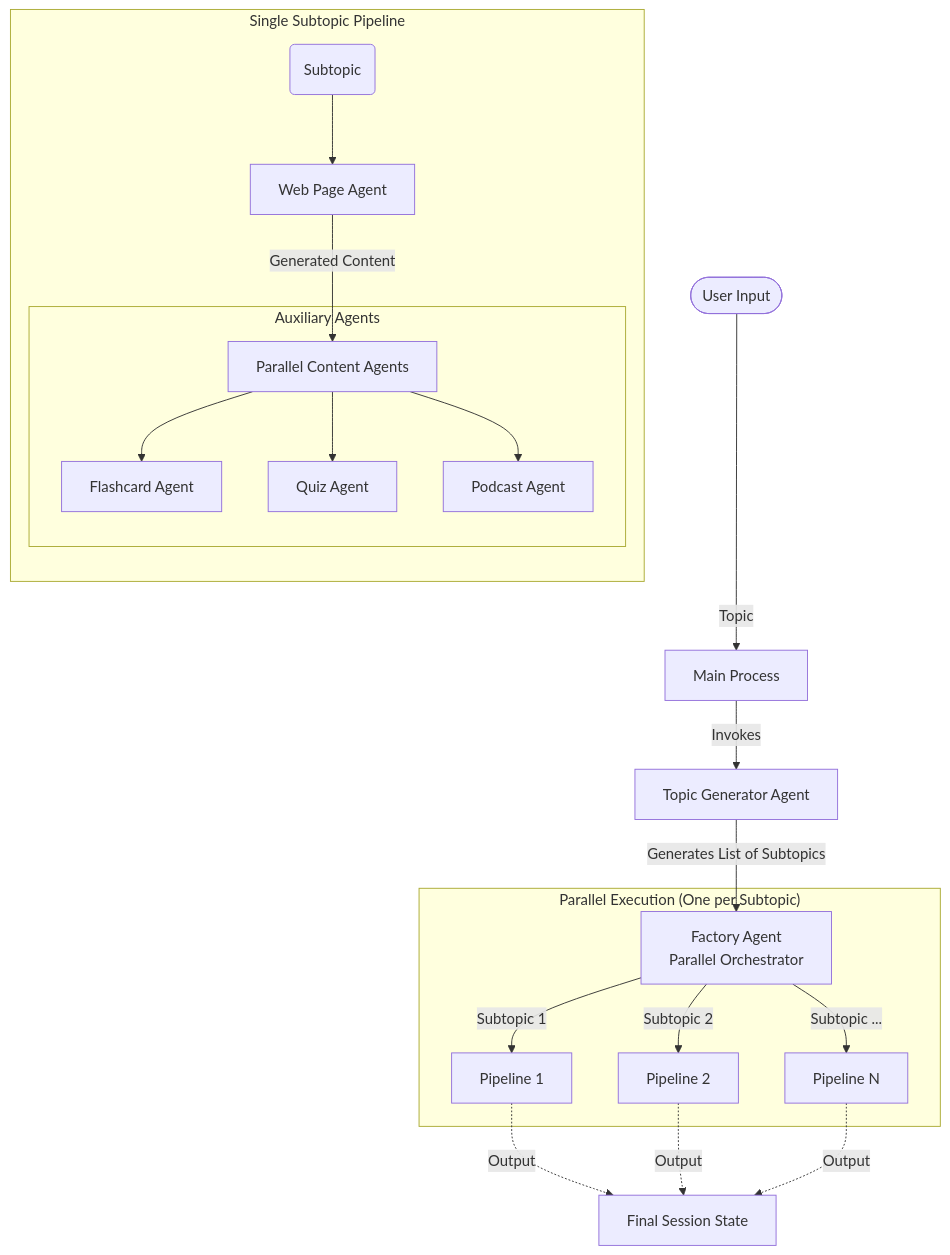
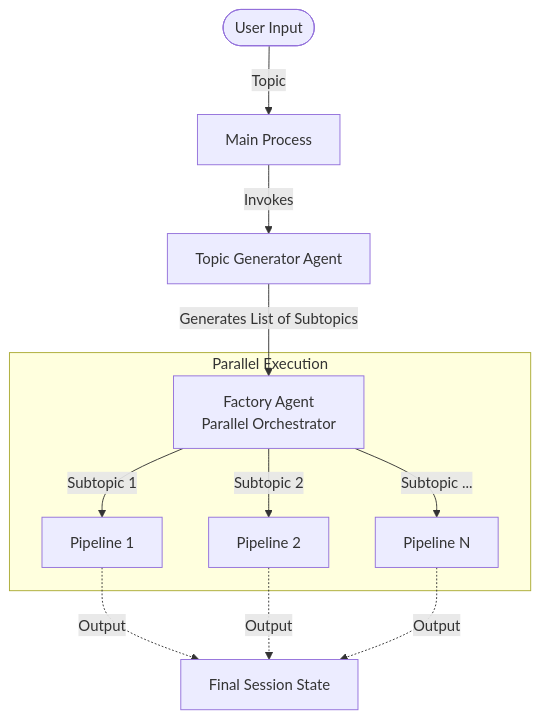
The first of 2 diagrams in Acharya/README.md (VenkataSakethDakuri/Zero-To-One), drawn with Mermaid before and after one commit. The commit also changed other lines of this file, not shown here.

````diff
--- a/Acharya/README.md
+++ b/Acharya/README.md
@@ -57,28 +57,17 @@
 ```mermaid
 flowchart TD
     User([User Input]) -->|Topic| Main["Main Process"]
     Main -->|Invokes| TG["Topic Generator Agent"]
     TG -->|Generates List of Subtopics| FA["Factory Agent<br>Parallel Orchestrator"]
 
-    subgraph P["Parallel Execution (One per Subtopic)"]
+    subgraph P["Parallel Execution"]
         FA -->|Subtopic 1| Pipe1["Pipeline 1"]
         FA -->|Subtopic 2| Pipe2["Pipeline 2"]
         FA -->|Subtopic ...| PipeN["Pipeline N"]
     end
 
-    subgraph S["Single Subtopic Pipeline"]
-        direction TB
-        Input("Subtopic") --> WA["Web Page Agent"]
-        WA -->|Generated Content| PA["Parallel Content Agents"]
-
-        subgraph A["Auxiliary Agents"]
-            PA --> FA_Sub["Flashcard Agent"]
-            PA --> QA["Quiz Agent"]
-            PA --> PodA["Podcast Agent"]
-        end
-    end
 
     Pipe1 -.->|Output| Final["Final Session State"]
     Pipe2 -.->|Output| Final
     PipeN -.->|Output| Final
 ```
````
